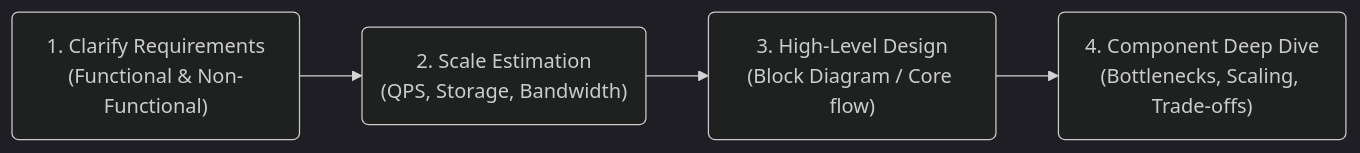
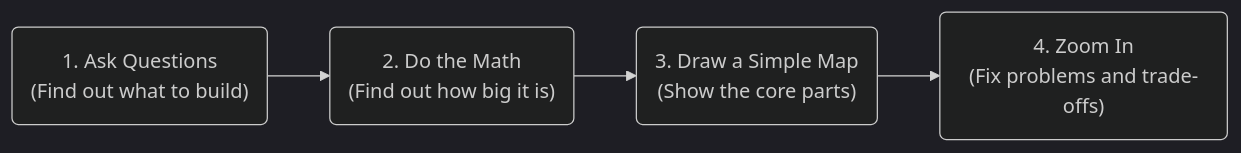
One commit to PKRacha/system-design changed the first of 2 diagrams in basics/01_scalability_network.md. Above: the diagram before and after it, drawn with Mermaid (dark theme). The commit also changed other lines of this file and 6 other files, not shown here.

````diff
--- a/basics/01_scalability_network.md
+++ b/basics/01_scalability_network.md
@@ -11,6 +11,6 @@
 ```mermaid
 flowchart LR
-    A("1. Clarify Requirements<br>(Functional & Non-Functional)") --> B("2. Scale Estimation<br>(QPS, Storage, Bandwidth)")
-    B --> C("3. High-Level Design<br>(Block Diagram / Core flow)")
-    C --> D("4. Component Deep Dive<br>(Bottlenecks, Scaling, Trade-offs)")
+    A("1. Ask Questions<br>(Find out what to build)") --> B("2. Do the Math<br>(Find out how big it is)")
+    B --> C("3. Draw a Simple Map<br>(Show the core parts)")
+    C --> D("4. Zoom In<br>(Fix problems and trade-offs)")
 ```
````
